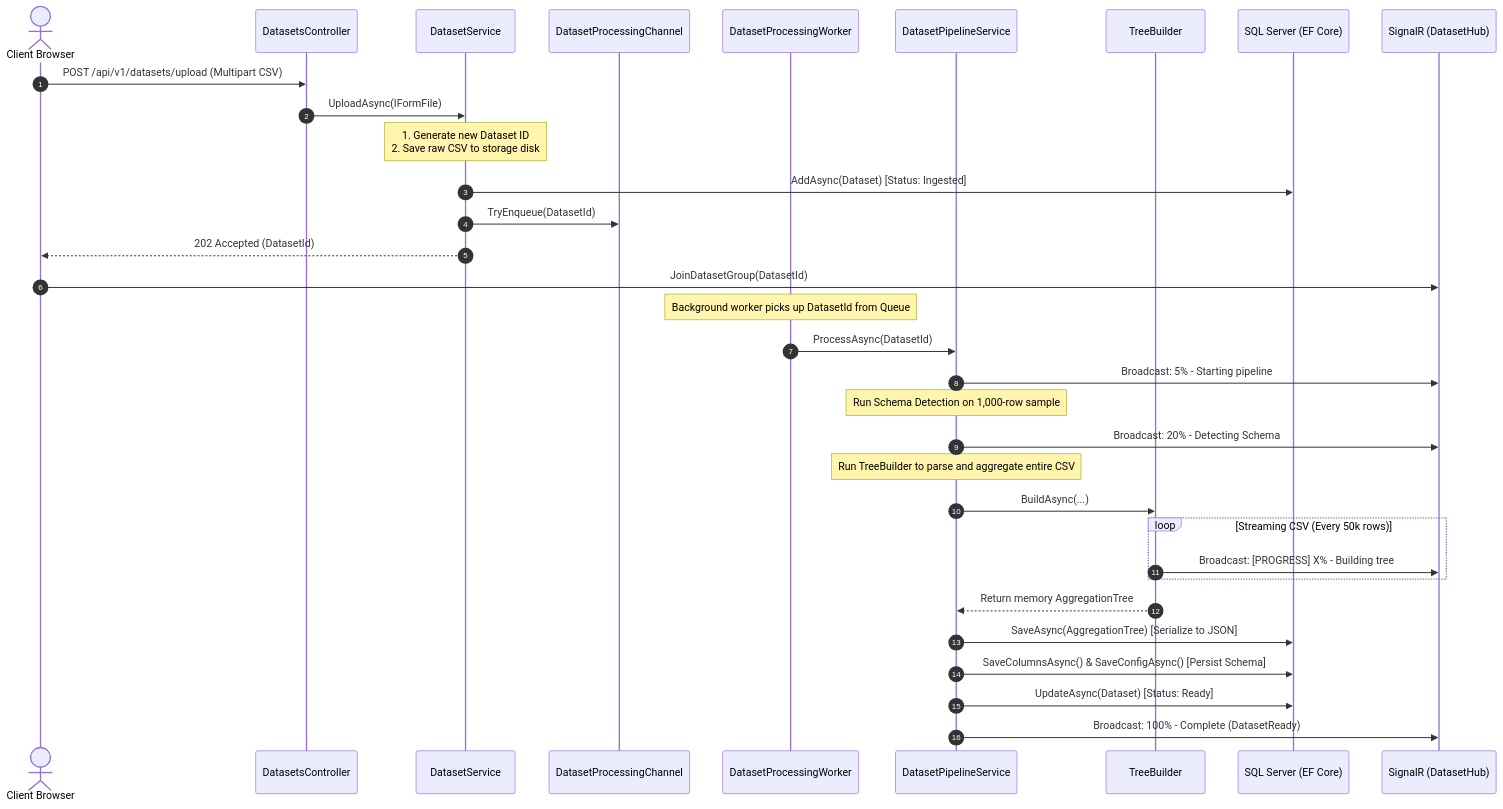
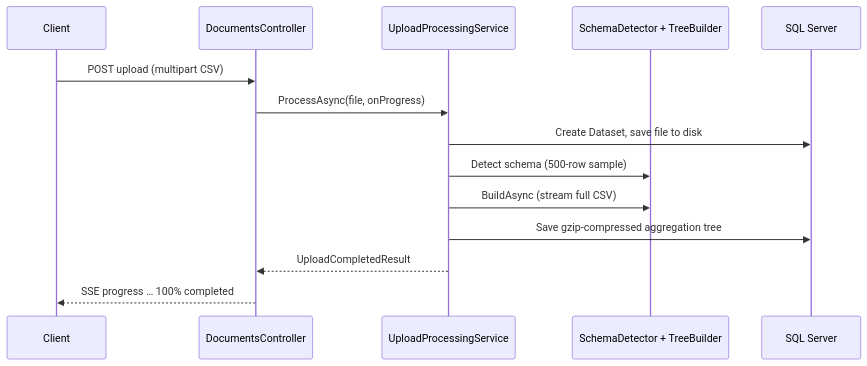
The second of 3 diagrams in README.md (UdaraAventude/chart-engine-server), drawn with Mermaid before and after one commit. The commit also changed other lines of this file, not shown here.

````diff
--- a/README.md
+++ b/README.md
@@ -37,40 +59,17 @@
 ```mermaid
 sequenceDiagram
-    autonumber
-    actor Client as Client Browser
-    participant API as DatasetsController
-    participant Service as DatasetService
-    participant Queue as DatasetProcessingChannel
-    participant Worker as DatasetProcessingWorker
-    participant Pipeline as DatasetPipelineService
-    participant Analytics as TreeBuilder
-    participant DB as SQL Server (EF Core)
-    participant Hub as SignalR (DatasetHub)
+    participant Client
+    participant API as DocumentsController
+    participant Upload as UploadProcessingService
+    participant Analytics as SchemaDetector + TreeBuilder
+    participant DB as SQL Server
 
-    Client->>API: POST /api/v1/datasets/upload (Multipart CSV)
-    API->>Service: UploadAsync(IFormFile)
-    Note over Service: 1. Generate new Dataset ID<br/>2. Save raw CSV to storage disk
-    Service->>DB: AddAsync(Dataset) [Status: Ingested]
-    Service->>Queue: TryEnqueue(DatasetId)
-    Service-->>Client: 202 Accepted (DatasetId)
-    Client->>Hub: JoinDatasetGroup(DatasetId)
-
-    Note over Worker: Background worker picks up DatasetId from Queue
-    Worker->>Pipeline: ProcessAsync(DatasetId)
-    Pipeline->>Hub: Broadcast: 5% - Starting pipeline
-    
-    Note over Pipeline: Run Schema Detection on 1,000-row sample
-    Pipeline->>Hub: Broadcast: 20% - Detecting Schema
-    
-    Note over Pipeline: Run TreeBuilder to parse and aggregate entire CSV
-    Pipeline->>Analytics: BuildAsync(...)
-    loop Streaming CSV (Every 50k rows)
-        Analytics->>Hub: Broadcast: [PROGRESS] X% - Building tree
-    end
-    Analytics-->>Pipeline: Return memory AggregationTree
-    
-    Pipeline->>DB: SaveAsync(AggregationTree) [Serialize to JSON]
-    Pipeline->>DB: SaveColumnsAsync() & SaveConfigAsync() [Persist Schema]
-    Pipeline->>DB: UpdateAsync(Dataset) [Status: Ready]
-    Pipeline->>Hub: Broadcast: 100% - Complete (DatasetReady)
+    Client->>API: POST upload (multipart CSV)
+    API->>Upload: ProcessAsync(file, onProgress)
+    Upload->>DB: Create Dataset, save file to disk
+    Upload->>Analytics: Detect schema (500-row sample)
+    Upload->>Analytics: BuildAsync (stream full CSV)
+    Upload->>DB: Save gzip-compressed aggregation tree
+    Upload-->>API: UploadCompletedResult
+    API-->>Client: SSE progress … 100% completed
 ```
````
